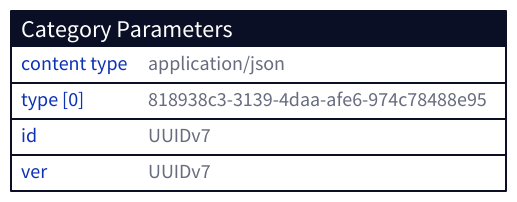
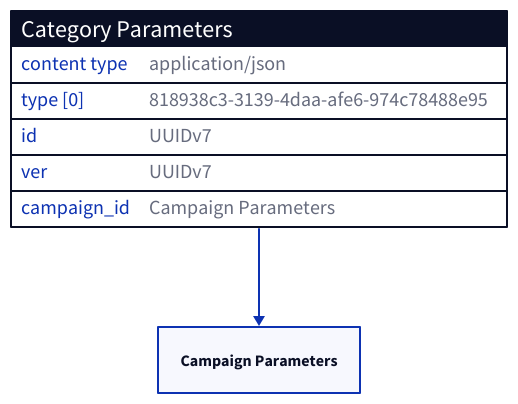
Before and after one commit to input-output-hk/catalyst-libs: the diagram in docs/src/architecture/08_concepts/signed_doc/docs/category_parameters.md, drawn with D2. The commit also changed other lines of this file and 31 other files, not shown here.

````diff
--- a/docs/src/architecture/08_concepts/signed_doc/docs/category_parameters.md
+++ b/docs/src/architecture/08_concepts/signed_doc/docs/category_parameters.md
@@ -7,10 +7,13 @@
 ```d2 layout="elk"
 "Category Parameters": {
   shape: sql_table
   "content type": application/json
   "type [0]": 818938c3-3139-4daa-afe6-974c78488e95
   "id": UUIDv7
   "ver": UUIDv7
+  "campaign_id": Campaign Parameters
 
 }
+
+"Category Parameters"."campaign_id"->"Campaign Parameters"
 ```
````
